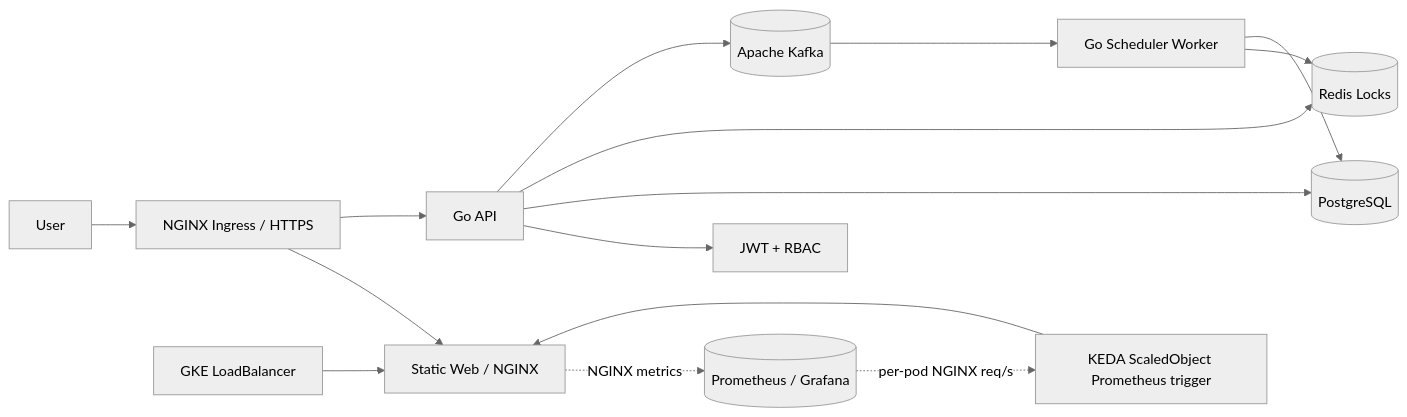
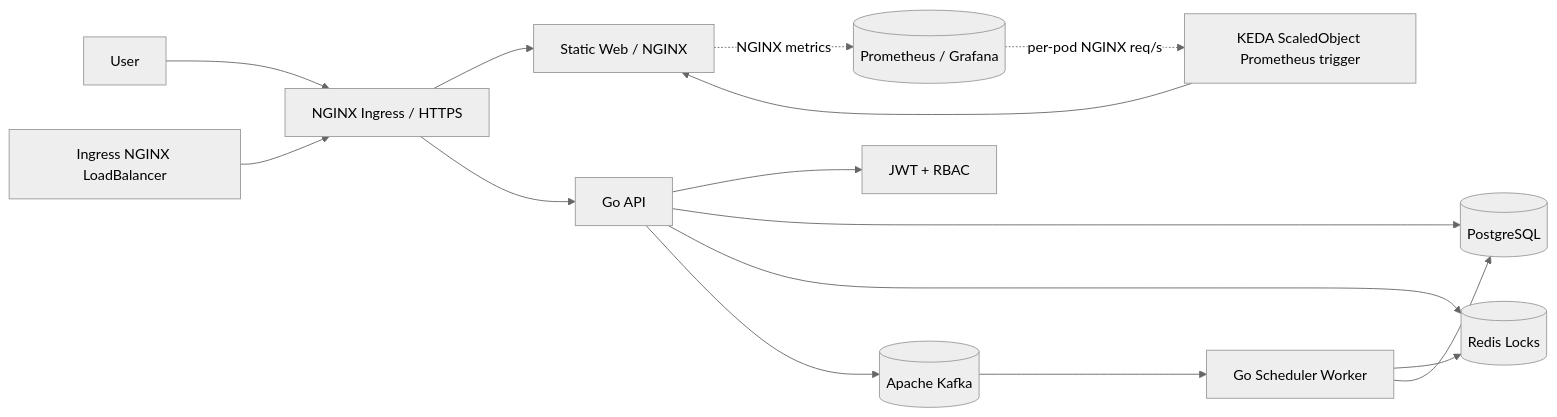
One commit to KASHZKX/WOMS changed the diagram in README.en.md. Above: the diagram before and after it, drawn with Mermaid (neutral theme). The commit also changed other lines of this file and 21 other files, not shown here.

````diff
--- a/README.en.md
+++ b/README.en.md
@@ -29,17 +29,17 @@
 ```mermaid
 flowchart LR
   User[User] --> Ingress[NGINX Ingress / HTTPS]
   Ingress --> Web[Static Web / NGINX]
   Ingress --> API[Go API]
   API --> Auth[JWT + RBAC]
   API --> DB[(PostgreSQL)]
   API --> Redis[(Redis Locks)]
   API --> Kafka[(Apache Kafka)]
   Kafka --> Worker[Go Scheduler Worker]
   Worker --> Redis
   Worker --> DB
-  LB[GKE LoadBalancer] --> Web
+  IngressLB[Ingress NGINX LoadBalancer] --> Ingress
   Web -. NGINX metrics .-> Prometheus[(Prometheus / Grafana)]
   Prometheus -. per-pod NGINX req/s .-> KEDA
   KEDA[KEDA ScaledObject Prometheus trigger] --> Web
 ```
````
